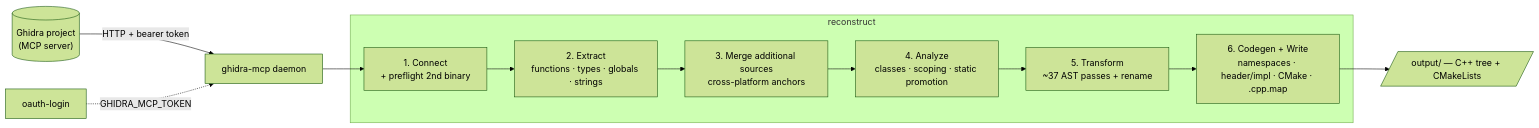
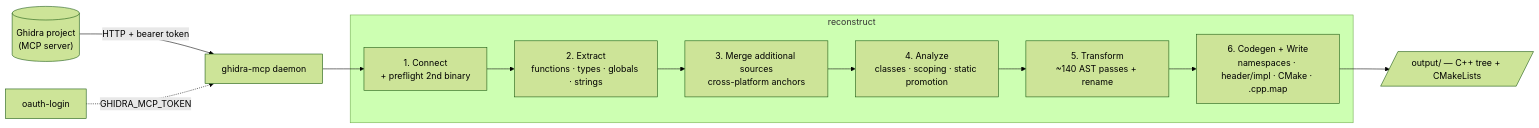
One commit to jaenster/ghidra-reconstruct changed the diagram in README.md. Above: the diagram before and after it, drawn with Mermaid (forest theme). The commit also changed other lines of this file, not shown here.

````diff
--- a/README.md
+++ b/README.md
@@ -26,17 +26,17 @@
 ```mermaid
 flowchart LR
   G[("Ghidra project<br/>(MCP server)")] -->|HTTP + bearer token| D[ghidra-mcp daemon]
   O[oauth-login] -.->|GHIDRA_MCP_TOKEN| D
   D --> C
 
   subgraph reconstruct
     C[1. Connect<br/>+ preflight 2nd binary] --> E
     E[2. Extract<br/>functions · types · globals · strings] --> M
     M[3. Merge additional sources<br/>cross-platform anchors] --> A
     A[4. Analyze<br/>classes · scoping · static promotion] --> T
-    T[5. Transform<br/>~37 AST passes + rename] --> CG
+    T[5. Transform<br/>~140 AST passes + rename] --> CG
     CG[6. Codegen + Write<br/>namespaces · header/impl · CMake · .cpp.map]
   end
 
   CG --> OUT[/"output/ — C++ tree + CMakeLists"/]
 ```
````
